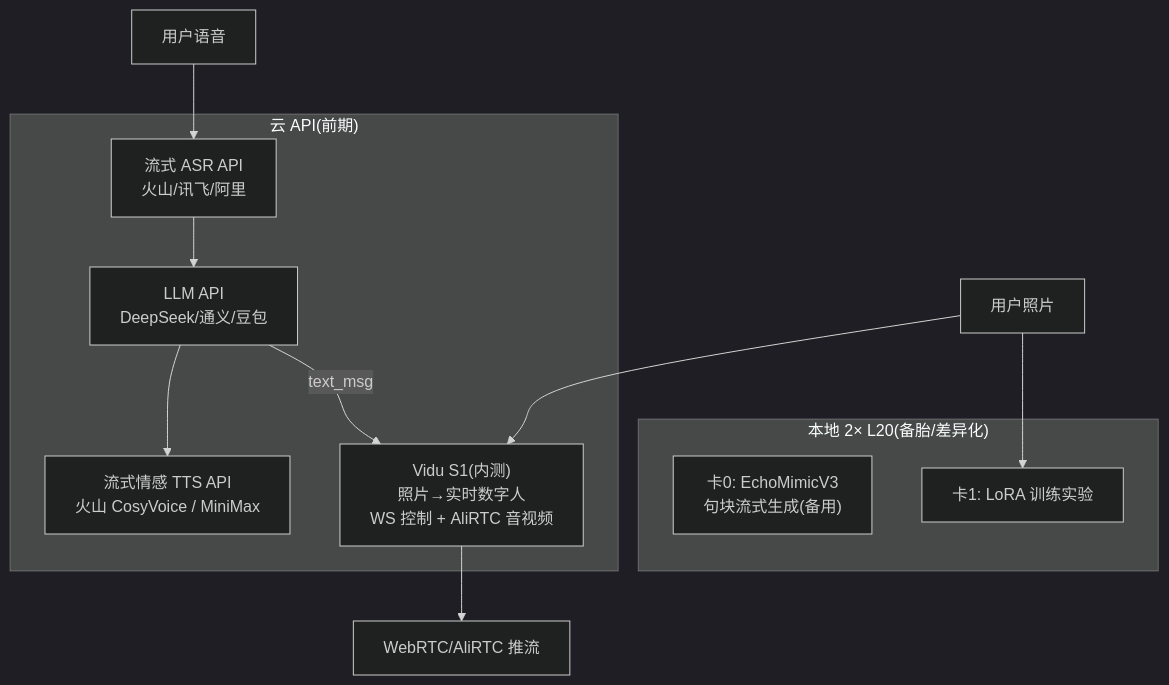
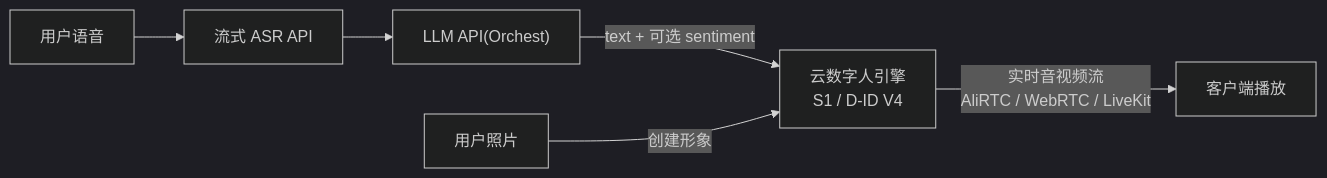
The first of 3 diagrams in docs/research/digital-human/photo-avatar-realtime.md (jianantian/orchest), drawn with Mermaid (dark theme) before and after one commit. The commit also changed other lines of this file and 1 other file, not shown here.

````diff
--- a/docs/research/digital-human/photo-avatar-realtime.md
+++ b/docs/research/digital-human/photo-avatar-realtime.md
@@ -38,17 +46,8 @@
 ```mermaid
-flowchart TB
-    subgraph Cloud["云 API(前期)"]
-        ASR["流式 ASR API<br/>火山/讯飞/阿里"]
-        LLM["LLM API<br/>DeepSeek/通义/豆包"]
-        TTS["流式情感 TTS API<br/>火山 CosyVoice / MiniMax"]
-        S1["Vidu S1(内测)<br/>照片→实时数字人<br/>WS 控制 + AliRTC 音视频"]
-    end
-    subgraph Local["本地 2× L20(备胎/差异化)"]
-        G0["卡0: EchoMimicV3<br/>句块流式生成(备用)"]
-        G1["卡1: LoRA 训练实验"]
-    end
-    U["用户语音"] --> ASR --> LLM --> TTS
-    LLM -->|text_msg| S1 --> W["WebRTC/AliRTC 推流"]
-    P["用户照片"] --> S1
-    P --> G1
+flowchart LR
+    U["用户语音"] --> ASR["流式 ASR API"]
+    ASR --> LLM["LLM API(Orchest)"]
+    LLM -->|"text + 可选 sentiment"| V["云数字人引擎<br/>S1 / D-ID V4"]
+    V -->|"实时音视频流<br/>AliRTC / WebRTC / LiveKit"| W["客户端播放"]
+    P["用户照片"] -->|"创建形象"| V
 ```
````
